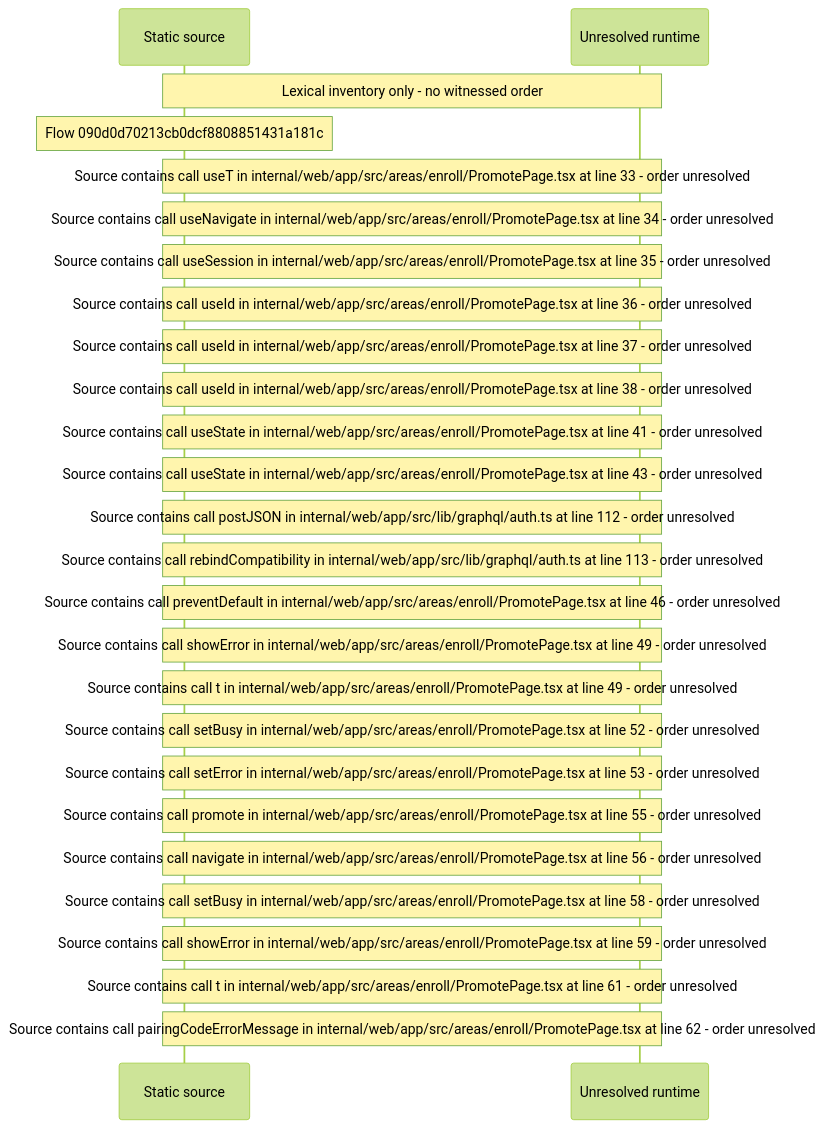
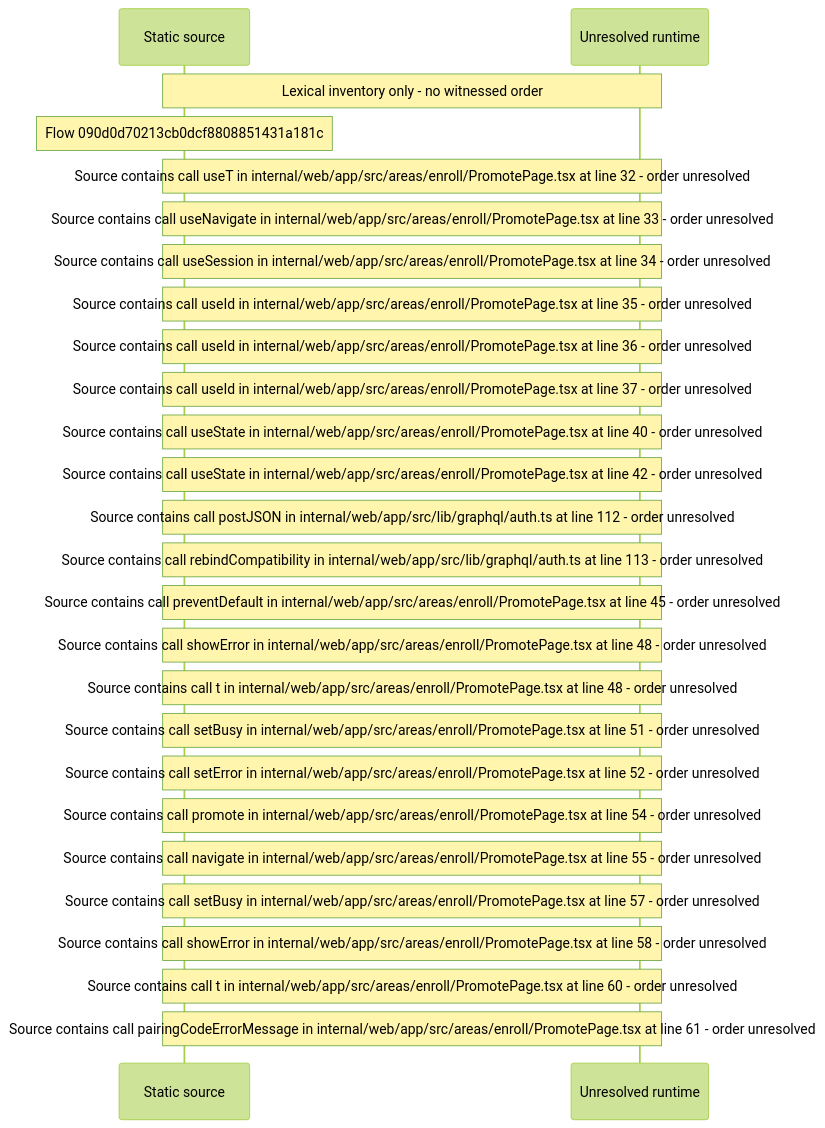
The diagram in docs/web/flows/generated/090d0d70213cb0dcf8808851431a181c/flow-diagram.md (beamfall/core), drawn with Mermaid (forest theme) before and after one commit. The commit also changed other lines of this file and 715 other files, not shown here.

Commit message:
Regenerate the web flow record on the landing stack head (CORE-1762)

````diff
--- a/docs/web/flows/generated/090d0d70213cb0dcf8808851431a181c/flow-diagram.md
+++ b/docs/web/flows/generated/090d0d70213cb0dcf8808851431a181c/flow-diagram.md
@@ -10,28 +10,28 @@
 ```mermaid
 sequenceDiagram
     participant S as Static source
     participant U as Unresolved runtime
     Note over S,U: Lexical inventory only - no witnessed order
     Note over S: Flow 090d0d70213cb0dcf8808851431a181c
-    Note over S,U: Source contains call useT in internal/web/app/src/areas/enroll/PromotePage.tsx at line 33 - order unresolved
-    Note over S,U: Source contains call useNavigate in internal/web/app/src/areas/enroll/PromotePage.tsx at line 34 - order unresolved
-    Note over S,U: Source contains call useSession in internal/web/app/src/areas/enroll/PromotePage.tsx at line 35 - order unresolved
+    Note over S,U: Source contains call useT in internal/web/app/src/areas/enroll/PromotePage.tsx at line 32 - order unresolved
+    Note over S,U: Source contains call useNavigate in internal/web/app/src/areas/enroll/PromotePage.tsx at line 33 - order unresolved
+    Note over S,U: Source contains call useSession in internal/web/app/src/areas/enroll/PromotePage.tsx at line 34 - order unresolved
+    Note over S,U: Source contains call useId in internal/web/app/src/areas/enroll/PromotePage.tsx at line 35 - order unresolved
     Note over S,U: Source contains call useId in internal/web/app/src/areas/enroll/PromotePage.tsx at line 36 - order unresolved
     Note over S,U: Source contains call useId in internal/web/app/src/areas/enroll/PromotePage.tsx at line 37 - order unresolved
-    Note over S,U: Source contains call useId in internal/web/app/src/areas/enroll/PromotePage.tsx at line 38 - order unresolved
-    Note over S,U: Source contains call useState in internal/web/app/src/areas/enroll/PromotePage.tsx at line 41 - order unresolved
-    Note over S,U: Source contains call useState in internal/web/app/src/areas/enroll/PromotePage.tsx at line 43 - order unresolved
+    Note over S,U: Source contains call useState in internal/web/app/src/areas/enroll/PromotePage.tsx at line 40 - order unresolved
+    Note over S,U: Source contains call useState in internal/web/app/src/areas/enroll/PromotePage.tsx at line 42 - order unresolved
     Note over S,U: Source contains call postJSON in internal/web/app/src/lib/graphql/auth.ts at line 112 - order unresolved
     Note over S,U: Source contains call rebindCompatibility in internal/web/app/src/lib/graphql/auth.ts at line 113 - order unresolved
-    Note over S,U: Source contains call preventDefault in internal/web/app/src/areas/enroll/PromotePage.tsx at line 46 - order unresolved
-    Note over S,U: Source contains call showError in internal/web/app/src/areas/enroll/PromotePage.tsx at line 49 - order unresolved
-    Note over S,U: Source contains call t in internal/web/app/src/areas/enroll/PromotePage.tsx at line 49 - order unresolved
-    Note over S,U: Source contains call setBusy in internal/web/app/src/areas/enroll/PromotePage.tsx at line 52 - order unresolved
-    Note over S,U: Source contains call setError in internal/web/app/src/areas/enroll/PromotePage.tsx at line 53 - order unresolved
-    Note over S,U: Source contains call promote in internal/web/app/src/areas/enroll/PromotePage.tsx at line 55 - order unresolved
-    Note over S,U: Source contains call navigate in internal/web/app/src/areas/enroll/PromotePage.tsx at line 56 - order unresolved
-    Note over S,U: Source contains call setBusy in internal/web/app/src/areas/enroll/PromotePage.tsx at line 58 - order unresolved
-    Note over S,U: Source contains call showError in internal/web/app/src/areas/enroll/PromotePage.tsx at line 59 - order unresolved
-    Note over S,U: Source contains call t in internal/web/app/src/areas/enroll/PromotePage.tsx at line 61 - order unresolved
-    Note over S,U: Source contains call pairingCodeErrorMessage in internal/web/app/src/areas/enroll/PromotePage.tsx at line 62 - order unresolved
+    Note over S,U: Source contains call preventDefault in internal/web/app/src/areas/enroll/PromotePage.tsx at line 45 - order unresolved
+    Note over S,U: Source contains call showError in internal/web/app/src/areas/enroll/PromotePage.tsx at line 48 - order unresolved
+    Note over S,U: Source contains call t in internal/web/app/src/areas/enroll/PromotePage.tsx at line 48 - order unresolved
+    Note over S,U: Source contains call setBusy in internal/web/app/src/areas/enroll/PromotePage.tsx at line 51 - order unresolved
+    Note over S,U: Source contains call setError in internal/web/app/src/areas/enroll/PromotePage.tsx at line 52 - order unresolved
+    Note over S,U: Source contains call promote in internal/web/app/src/areas/enroll/PromotePage.tsx at line 54 - order unresolved
+    Note over S,U: Source contains call navigate in internal/web/app/src/areas/enroll/PromotePage.tsx at line 55 - order unresolved
+    Note over S,U: Source contains call setBusy in internal/web/app/src/areas/enroll/PromotePage.tsx at line 57 - order unresolved
+    Note over S,U: Source contains call showError in internal/web/app/src/areas/enroll/PromotePage.tsx at line 58 - order unresolved
+    Note over S,U: Source contains call t in internal/web/app/src/areas/enroll/PromotePage.tsx at line 60 - order unresolved
+    Note over S,U: Source contains call pairingCodeErrorMessage in internal/web/app/src/areas/enroll/PromotePage.tsx at line 61 - order unresolved
 ```
````
